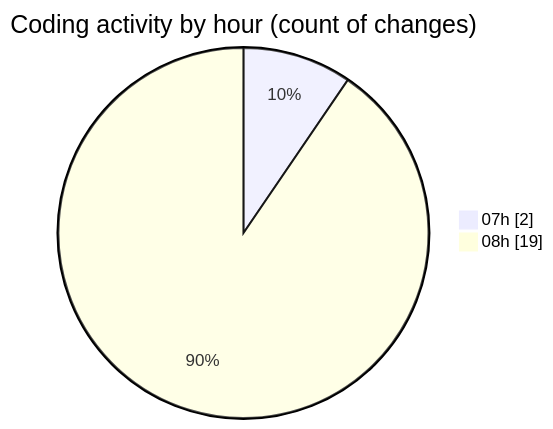
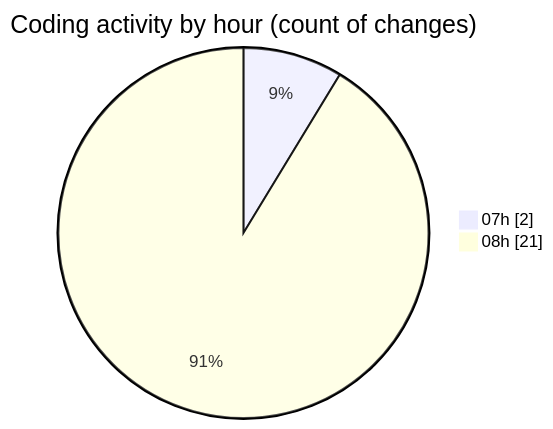
The second of 2 diagrams in 2025-01-09/nueva_carpeta/README.md (LanceThiago/code-tracking), drawn with Mermaid before and after one commit. The commit also changed other lines of this file and 1 other file, not shown here.

````diff
--- a/2025-01-09/nueva_carpeta/README.md
+++ b/2025-01-09/nueva_carpeta/README.md
@@ -28,6 +28,6 @@
 ```mermaid
 pie showData
 title Coding activity by hour (count of changes)
 "07h" : 2
-"08h" : 19
+"08h" : 21
 ```
````
